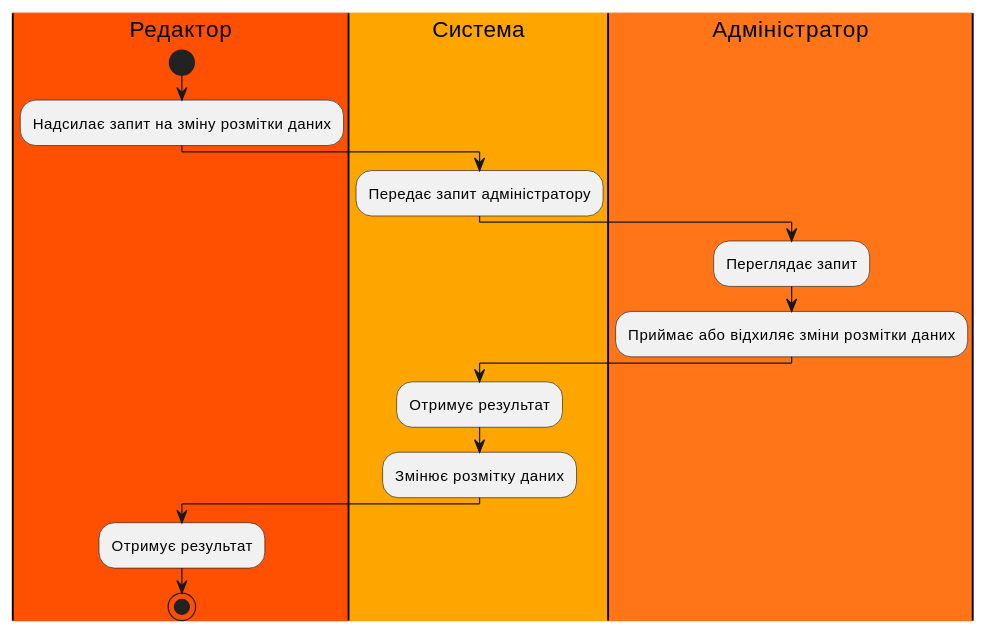
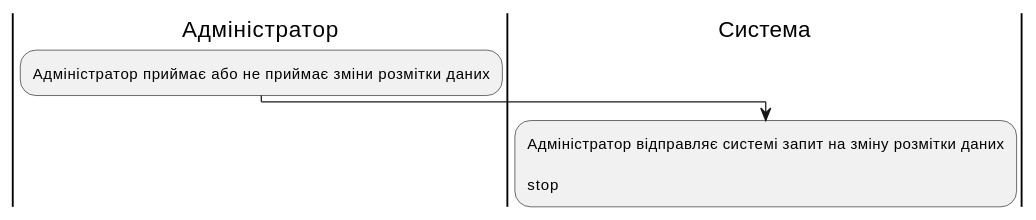
Before and after one commit to m1guelten/edu-db-cw: diagram 14 of 17 in docs/use cases/README.md, drawn with PlantUML. The commit also changed other lines of this file, not shown here.

```diff
--- a/docs/use cases/README.md
+++ b/docs/use cases/README.md
@@ -451,18 +424,11 @@
 @startuml
 
-|#FF4F00|Редактор|
-start
-:Надсилає запит на зміну розмітки даних;
-|#FFA500|Система|
-:Передає запит адміністратору;
-|#FF7518|Адміністратор|
-:Переглядає запит;
-:Приймає або відхиляє зміни розмітки даних;
+|Адміністратор|
+
+:Адміністратор приймає або не приймає зміни розмітки даних;
 |Система|
-:Отримує результат;
-:Змінює розмітку даних;
-|Редактор|
-:Отримує результат;
+:Адміністратор відправляє системі запит на зміну розмітки даних
+
 stop;
 
 @enduml
```
